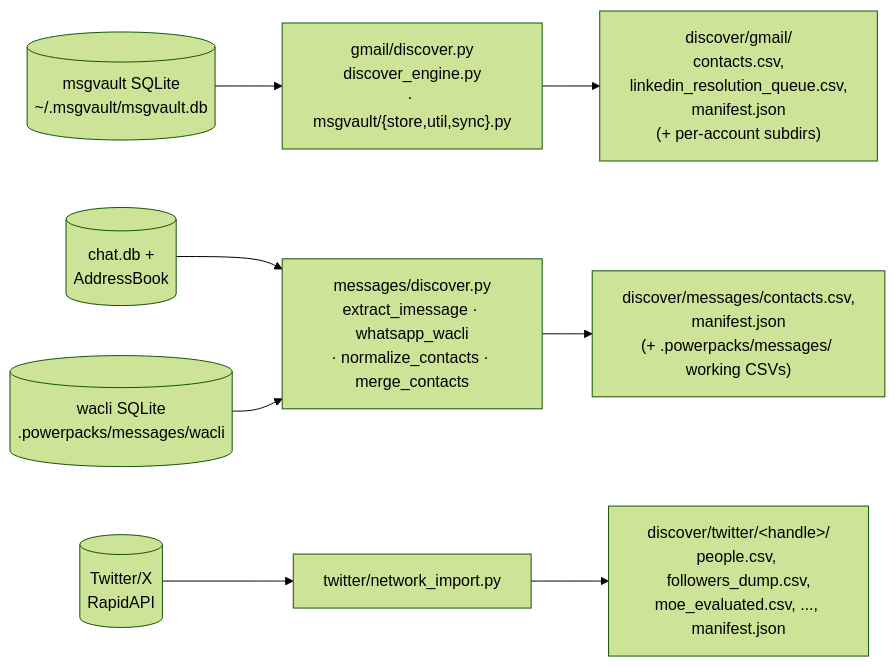
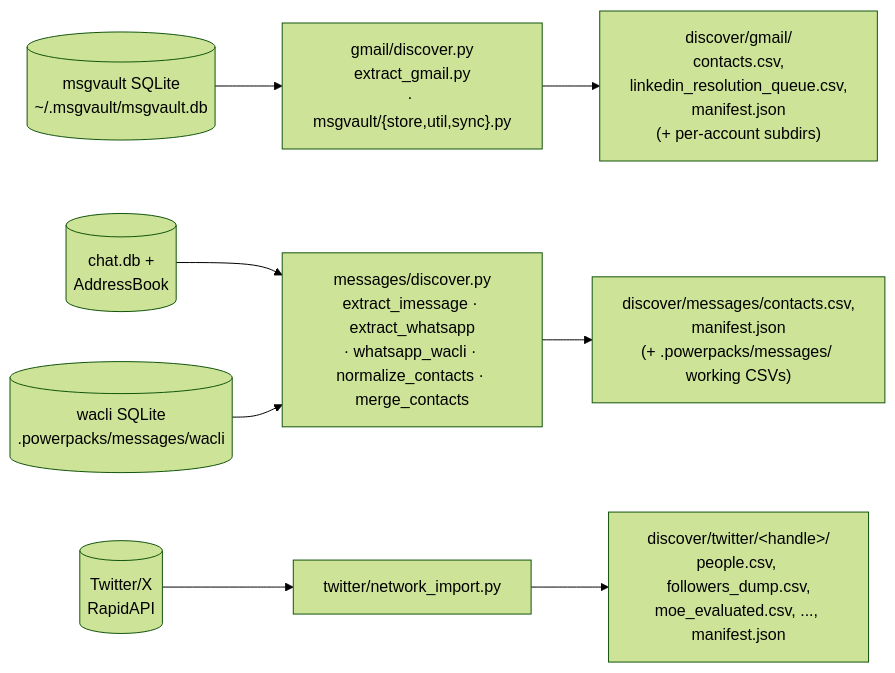
One commit to powerset-co/powerpacks changed the diagram in packs/ingestion/primitives/discover/README.md. Above: the diagram before and after it, drawn with Mermaid (forest theme). The commit also changed other lines of this file and 25 other files, not shown here.

First line of the commit message:
refactor(ingestion)!: rename discover_engine->extract_gmail; split whatsapp_wacli into extract_whatsapp + wacli client

````diff
--- a/packs/ingestion/primitives/discover/README.md
+++ b/packs/ingestion/primitives/discover/README.md
@@ -52,16 +52,16 @@
 ```mermaid
 flowchart LR
   MV[("msgvault SQLite<br/>~/.msgvault/msgvault.db")]
   CDB[("chat.db +<br/>AddressBook")]
   WA[("wacli SQLite<br/>.powerpacks/messages/wacli")]
   TW[("Twitter/X<br/>RapidAPI")]
 
-  MV --> GDISC["gmail/discover.py<br/>discover_engine.py<br/>· msgvault/{store,util,sync}.py"]
-  CDB --> MDISC["messages/discover.py<br/>extract_imessage · whatsapp_wacli<br/>· normalize_contacts · merge_contacts"]
+  MV --> GDISC["gmail/discover.py<br/>extract_gmail.py<br/>· msgvault/{store,util,sync}.py"]
+  CDB --> MDISC["messages/discover.py<br/>extract_imessage · extract_whatsapp<br/>· whatsapp_wacli · normalize_contacts · merge_contacts"]
   WA --> MDISC
   TW --> TDISC["twitter/network_import.py"]
 
   GDISC --> GOUT["discover/gmail/<br/>contacts.csv,<br/>linkedin_resolution_queue.csv,<br/>manifest.json<br/>(+ per-account subdirs)"]
   MDISC --> MOUT["discover/messages/contacts.csv,<br/>manifest.json<br/>(+ .powerpacks/messages/ working CSVs)"]
   TDISC --> TOUT["discover/twitter/&lt;handle&gt;/<br/>people.csv, followers_dump.csv,<br/>moe_evaluated.csv, ..., manifest.json"]
 ```
````
